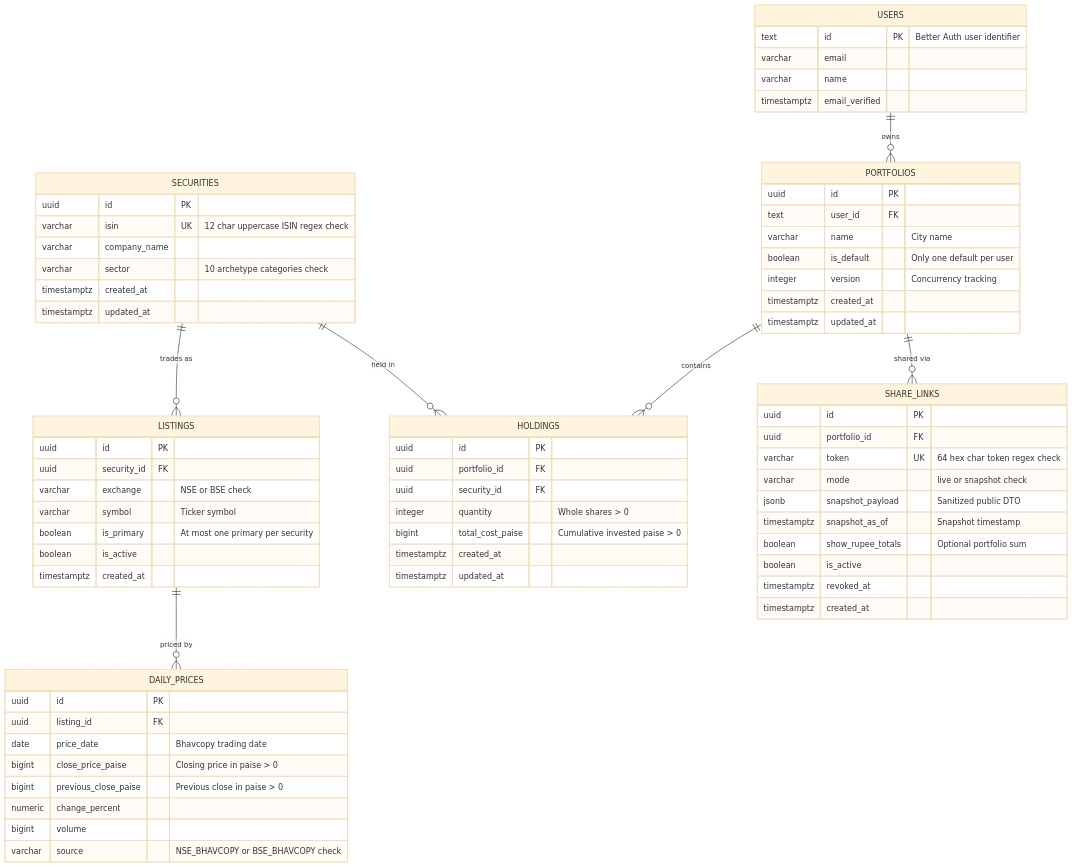
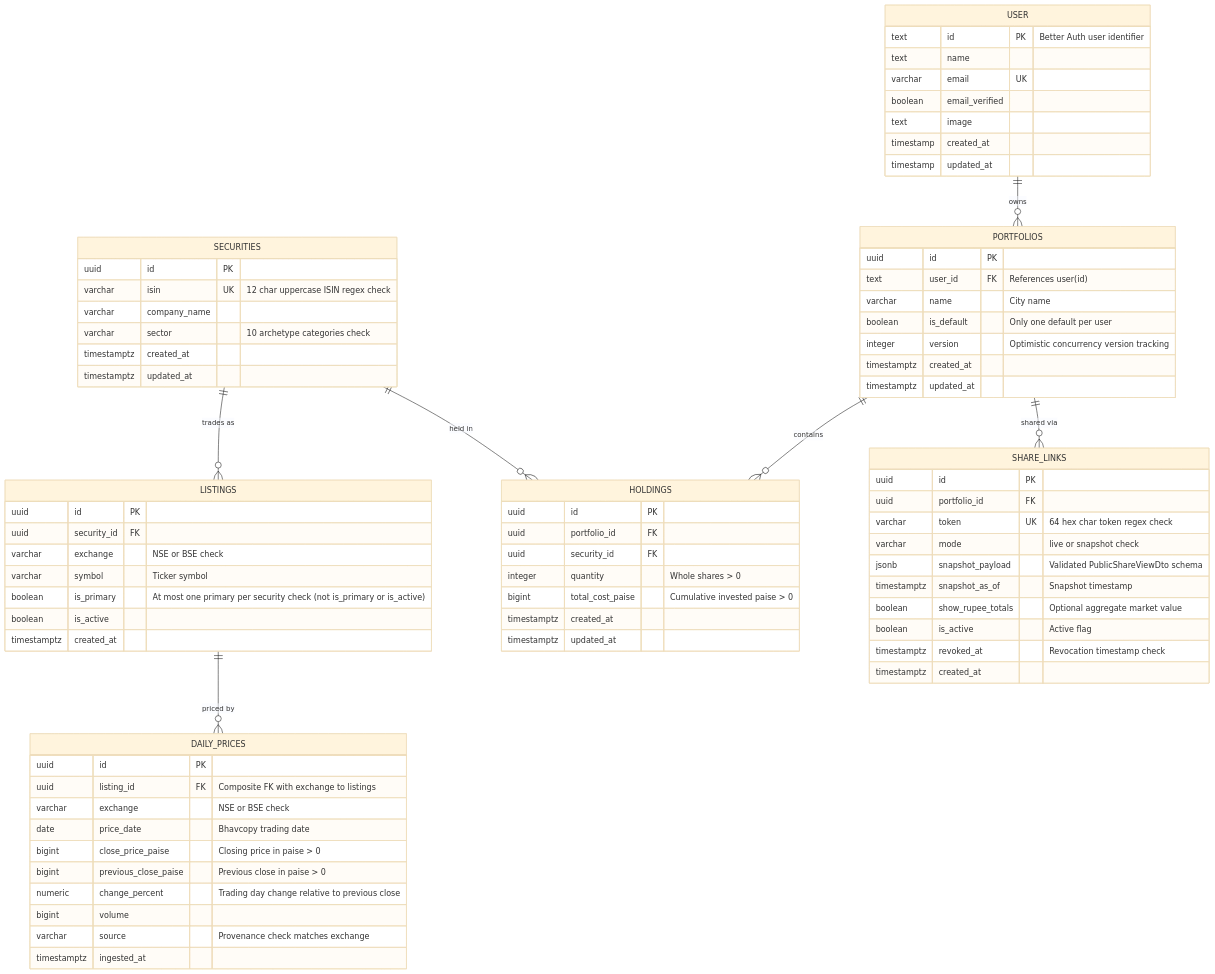
One commit to shubhamxdd/sto-viz changed the first of 4 diagrams in foliocity-data-model-diagrams.md. Above: the diagram before and after it, drawn with Mermaid (base theme). The commit also changed other lines of this file and 1 other file, not shown here.

Commit message:
docs(spec): accept data model spec and approved diagrams

````diff
--- a/foliocity-data-model-diagrams.md
+++ b/foliocity-data-model-diagrams.md
@@ -9,7 +9,7 @@
     SECURITIES ||--o{ LISTINGS : "trades as"
     SECURITIES ||--o{ HOLDINGS : "held in"
     LISTINGS ||--o{ DAILY_PRICES : "priced by"
-    USERS ||--o{ PORTFOLIOS : "owns"
+    USER ||--o{ PORTFOLIOS : "owns"
     PORTFOLIOS ||--o{ HOLDINGS : "contains"
     PORTFOLIOS ||--o{ SHARE_LINKS : "shared via"
 
@@ -27,35 +27,40 @@
         uuid security_id FK
         varchar exchange "NSE or BSE check"
         varchar symbol "Ticker symbol"
-        boolean is_primary "At most one primary per security"
+        boolean is_primary "At most one primary per security check (not is_primary or is_active)"
         boolean is_active
         timestamptz created_at
     }
 
     DAILY_PRICES {
         uuid id PK
-        uuid listing_id FK
+        uuid listing_id FK "Composite FK with exchange to listings"
+        varchar exchange "NSE or BSE check"
         date price_date "Bhavcopy trading date"
         bigint close_price_paise "Closing price in paise > 0"
         bigint previous_close_paise "Previous close in paise > 0"
-        numeric change_percent
+        numeric change_percent "Trading day change relative to previous close"
         bigint volume
-        varchar source "NSE_BHAVCOPY or BSE_BHAVCOPY check"
+        varchar source "Provenance check matches exchange"
+        timestamptz ingested_at
     }
 
-    USERS {
+    USER {
         text id PK "Better Auth user identifier"
-        varchar email
-        varchar name
-        timestamptz email_verified
+        text name
+        varchar email UK
+        boolean email_verified
+        text image
+        timestamp created_at
+        timestamp updated_at
     }
 
     PORTFOLIOS {
         uuid id PK
-        text user_id FK
+        text user_id FK "References user(id)"
         varchar name "City name"
         boolean is_default "Only one default per user"
-        integer version "Concurrency tracking"
+        integer version "Optimistic concurrency version tracking"
         timestamptz created_at
         timestamptz updated_at
     }
@@ -75,11 +80,11 @@
         uuid portfolio_id FK
         varchar token UK "64 hex char token regex check"
         varchar mode "live or snapshot check"
-        jsonb snapshot_payload "Sanitized public DTO"
+        jsonb snapshot_payload "Validated PublicShareViewDto schema"
         timestamptz snapshot_as_of "Snapshot timestamp"
-        boolean show_rupee_totals "Optional portfolio sum"
-        boolean is_active
-        timestamptz revoked_at
+        boolean show_rupee_totals "Optional aggregate market value"
+        boolean is_active "Active flag"
+        timestamptz revoked_at "Revocation timestamp check"
         timestamptz created_at
     }
 ```
````
